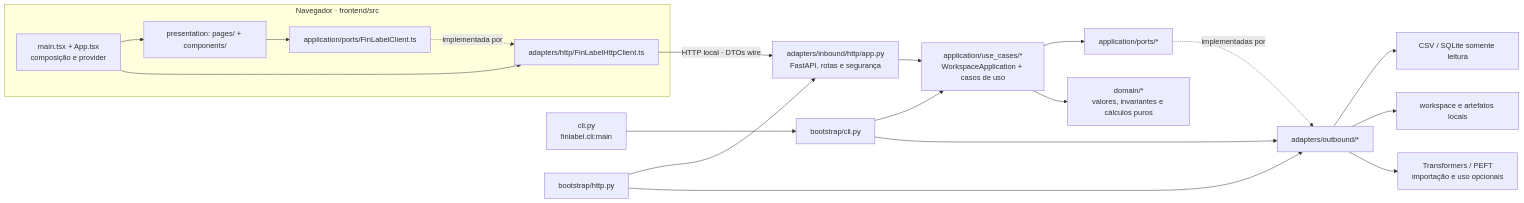
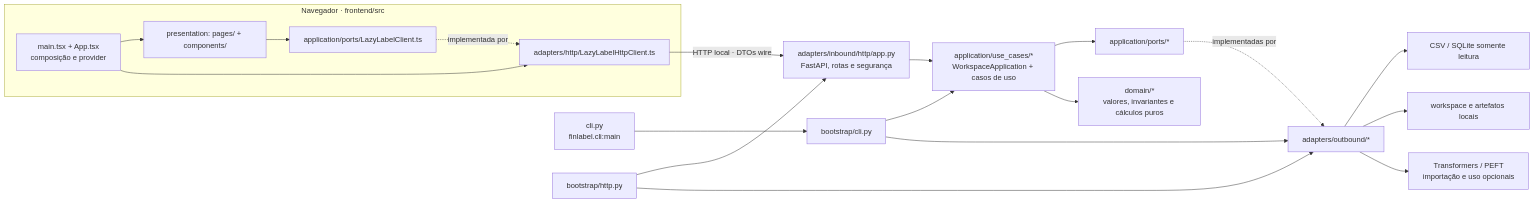
The diagram in codigo/finlabel/docs/architecture/clean-hexagonal.md (rodrigotriboni1/lazylabel), drawn with Mermaid before and after one commit. The commit also changed other lines of this file and 284 other files, not shown here.

First line of the commit message:
docs: reorganize repo around tcc/ and rename product to LazyLabel

````diff
--- a/codigo/finlabel/docs/architecture/clean-hexagonal.md
+++ b/codigo/finlabel/docs/architecture/clean-hexagonal.md
@@ -9,23 +9,23 @@
 ```mermaid
 flowchart LR
   subgraph Browser["Navegador · frontend/src"]
-    UI["presentation: pages/ + components/"] --> FPORT["application/ports/FinLabelClient.ts"]
-    FPORT -. implementada por .-> FHTTP["adapters/http/FinLabelHttpClient.ts"]
+    UI["presentation: pages/ + components/"] --> FPORT["application/ports/LazyLabelClient.ts"]
+    FPORT -. implementada por .-> FHTTP["adapters/http/LazyLabelHttpClient.ts"]
     FBOOT["main.tsx + App.tsx\ncomposição e provider"] --> UI
     FBOOT --> FHTTP
   end
 
   FHTTP -->|HTTP local · DTOs wire| HIN["adapters/inbound/http/app.py\nFastAPI, rotas e segurança"]
   CLI["cli.py\nfinlabel.cli:main"] --> CBOOT["bootstrap/cli.py"]
   HBOOT["bootstrap/http.py"] --> HIN
   HIN --> APP
   CBOOT --> APP["application/use_cases/*\nWorkspaceApplication + casos de uso"]
   APP --> PORTS["application/ports/*"]
   APP --> DOMAIN["domain/*\nvalores, invariantes e cálculos puros"]
   PORTS -. implementadas por .-> OUT["adapters/outbound/*"]
   HBOOT --> OUT
   CBOOT --> OUT
   OUT --> DATA["CSV / SQLite somente leitura"]
   OUT --> FILES["workspace e artefatos locais"]
   OUT --> MODELS["Transformers / PEFT\nimportação e uso opcionais"]
 ```
````
